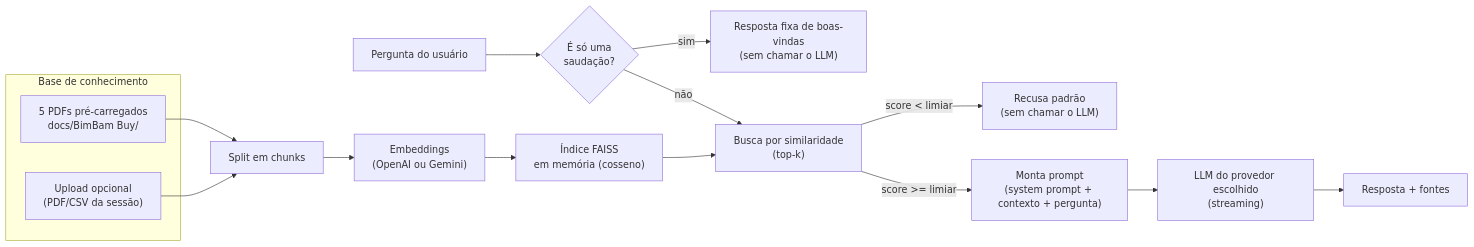
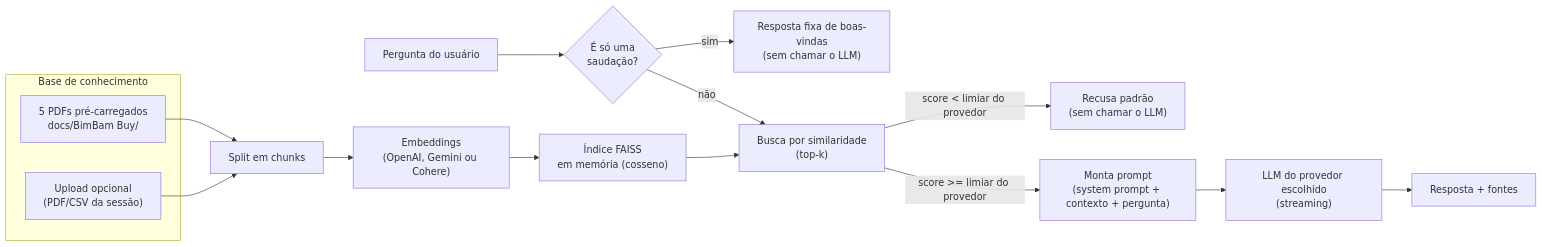
Before and after one commit to ClaudioMendonca-Eng/ONE-Oracle-Alura-Challenge-Agente: the diagram in README.md, drawn with Mermaid. The commit also changed other lines of this file and 1 other file, not shown here.

````diff
--- a/README.md
+++ b/README.md
@@ -27,21 +27,21 @@
 ```mermaid
 flowchart LR
     subgraph Base["Base de conhecimento"]
         PDF["5 PDFs pré-carregados\ndocs/BimBam Buy/"]
         Upload["Upload opcional\n(PDF/CSV da sessão)"]
     end
 
     PDF --> Split["Split em chunks"]
     Upload --> Split
-    Split --> Embed["Embeddings\n(OpenAI ou Gemini)"]
+    Split --> Embed["Embeddings\n(OpenAI, Gemini ou Cohere)"]
     Embed --> FAISS["Índice FAISS\nem memória (cosseno)"]
 
     Pergunta["Pergunta do usuário"] --> Saudacao{"É só uma\nsaudação?"}
     Saudacao -->|"sim"| RespostaSaudacao["Resposta fixa de boas-vindas\n(sem chamar o LLM)"]
     Saudacao -->|"não"| Retrieval["Busca por similaridade\n(top-k)"]
     FAISS --> Retrieval
-    Retrieval -->|"score < limiar"| Recusa["Recusa padrão\n(sem chamar o LLM)"]
-    Retrieval -->|"score >= limiar"| Prompt["Monta prompt\n(system prompt + contexto + pergunta)"]
+    Retrieval -->|"score < limiar do provedor"| Recusa["Recusa padrão\n(sem chamar o LLM)"]
+    Retrieval -->|"score >= limiar do provedor"| Prompt["Monta prompt\n(system prompt + contexto + pergunta)"]
     Prompt --> LLM["LLM do provedor escolhido\n(streaming)"]
     LLM --> Resposta["Resposta + fontes"]
 ```
````
